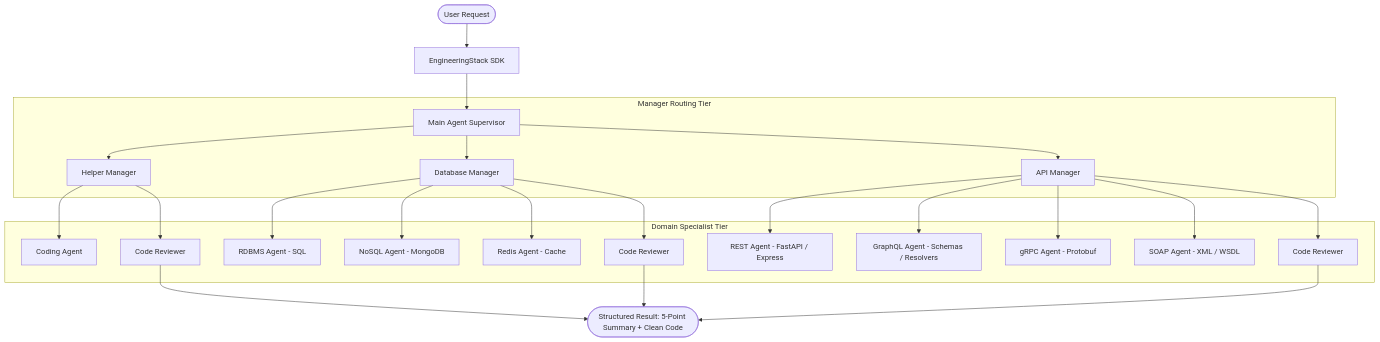
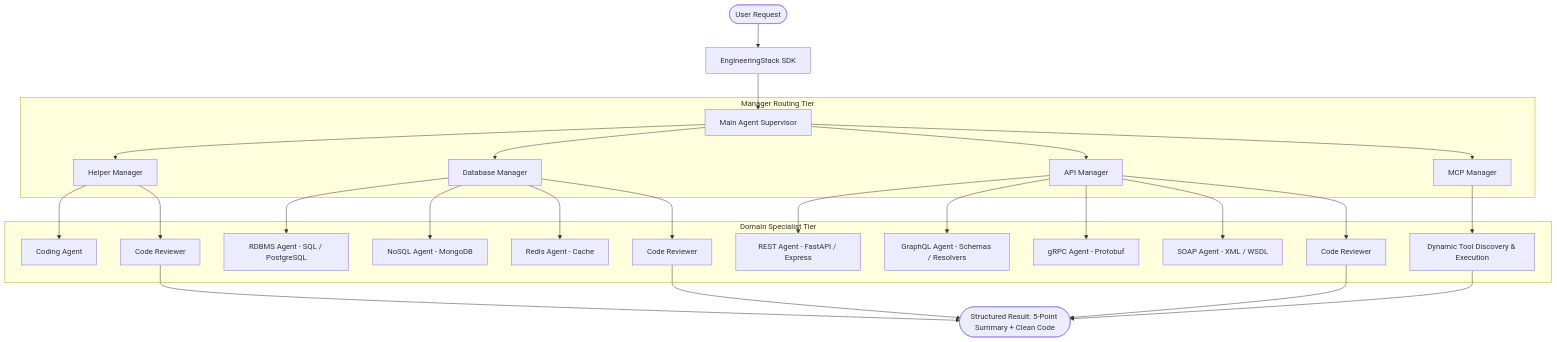
One commit to BenjaminVijayaraj5102004/Engineering_Stack changed the diagram in README.md. Above: the diagram before and after it, drawn with Mermaid. The commit also changed other lines of this file and 92 other files, not shown here.

Commit message:
feat: added user prefered-mcp-tool dynamically with mcp-subagent

````diff
--- a/README.md
+++ b/README.md
@@ -33,31 +36,35 @@
 ```mermaid
 graph TD
     User([User Request]) --> Stack[EngineeringStack SDK]
     Stack --> MainAgent[Main Agent Supervisor]
     
     subgraph Manager Layer [Manager Routing Tier]
         MainAgent --> HelperMgr[Helper Manager]
         MainAgent --> DBMgr[Database Manager]
         MainAgent --> APIMgr[API Manager]
+        MainAgent --> MCPMgr[MCP Manager]
     end
     
     subgraph Specialist Layer [Domain Specialist Tier]
         HelperMgr --> CodingAgent[Coding Agent]
         HelperMgr --> QA1[Code Reviewer]
         
-        DBMgr --> RDBMS[RDBMS Agent - SQL]
+        DBMgr --> RDBMS[RDBMS Agent - SQL / PostgreSQL]
         DBMgr --> NoSQL[NoSQL Agent - MongoDB]
         DBMgr --> Redis[Redis Agent - Cache]
         DBMgr --> QA2[Code Reviewer]
         
         APIMgr --> REST[REST Agent - FastAPI / Express]
         APIMgr --> GraphQL[GraphQL Agent - Schemas / Resolvers]
         APIMgr --> GRPC[gRPC Agent - Protobuf]
         APIMgr --> SOAP[SOAP Agent - XML / WSDL]
         APIMgr --> QA3[Code Reviewer]
+        
+        MCPMgr --> MCPTools[Dynamic Tool Discovery & Execution]
     end
     
     QA1 --> Result([Structured Result: 5-Point Summary + Clean Code])
     QA2 --> Result
     QA3 --> Result
+    MCPTools --> Result
 ```
````
